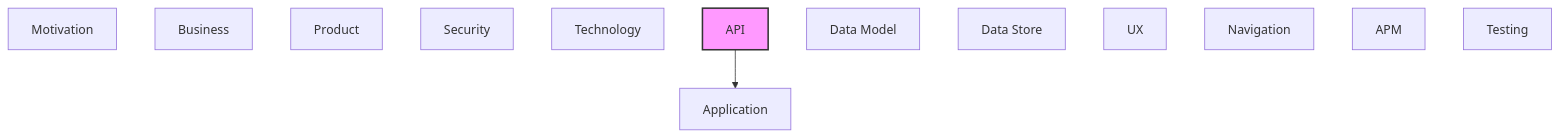
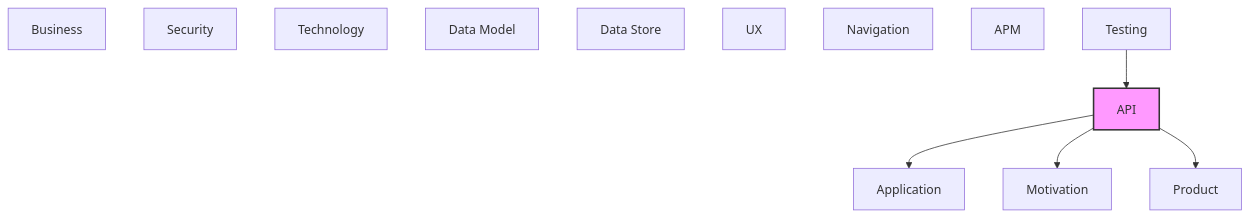
The second of 2 diagrams in documentation-robotics/reports/07-api-layer-report.md (tinkermonkey/heimdall), drawn with Mermaid before and after one commit. The commit also changed other lines of this file and 50 other files, not shown here.

````diff
--- a/documentation-robotics/reports/07-api-layer-report.md
+++ b/documentation-robotics/reports/07-api-layer-report.md
@@ -78,19 +77,22 @@
 ```mermaid
 flowchart TB
   classDef current fill:#f9f,stroke:#333,stroke-width:2px
   motivation["Motivation"]
   business["Business"]
   product["Product"]
   security["Security"]
   application["Application"]
   technology["Technology"]
   api["API"]
   data_model["Data Model"]
   data_store["Data Store"]
   ux["UX"]
   navigation["Navigation"]
   apm["APM"]
   testing["Testing"]
   api --> application
+  api --> motivation
+  api --> product
+  testing --> api
   class api current
 ```
````
